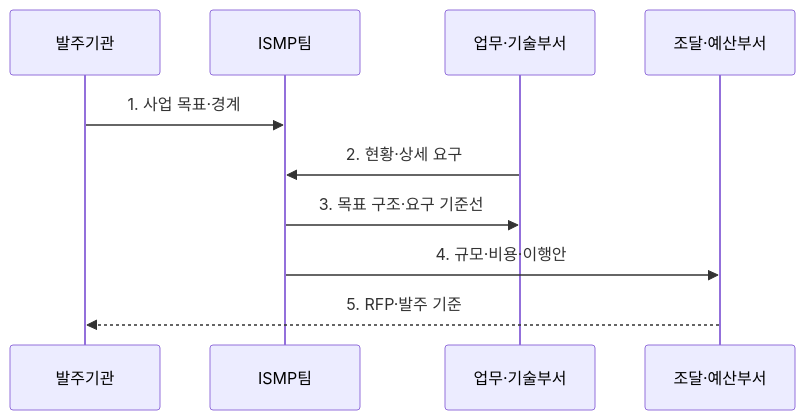
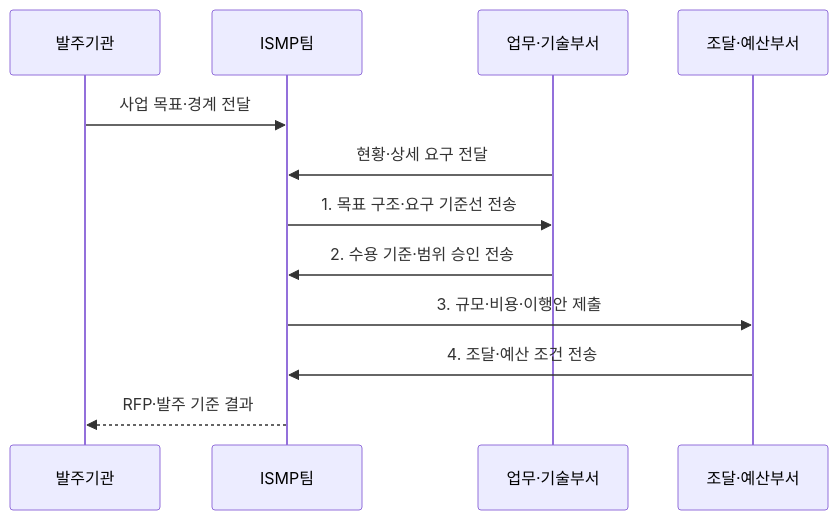
The second of 2 diagrams in src/content/docs/notes/07-law-policy/003_ismp_master_plan.md (agnusdei1207/knowledge-base), drawn with Mermaid before and after one commit. The commit also changed other lines of this file and 20 other files, not shown here.

````diff
--- a/src/content/docs/notes/07-law-policy/003_ismp_master_plan.md
+++ b/src/content/docs/notes/07-law-policy/003_ismp_master_plan.md
@@ -75,12 +75,14 @@
 ```mermaid
 sequenceDiagram
     participant O as 발주기관
     participant I as ISMP팀
     participant U as 업무·기술부서
     participant P as 조달·예산부서
-    O->>I: 1. 사업 목표·경계
-    U->>I: 2. 현황·상세 요구
-    I->>U: 3. 목표 구조·요구 기준선
-    I->>P: 4. 규모·비용·이행안
-    P-->>O: 5. RFP·발주 기준
+    O->>I: 사업 목표·경계 전달
+    U->>I: 현황·상세 요구 전달
+    I->>U: 1. 목표 구조·요구 기준선 전송
+    U->>I: 2. 수용 기준·범위 승인 전송
+    I->>P: 3. 규모·비용·이행안 제출
+    P->>I: 4. 조달·예산 조건 전송
+    I-->>O: RFP·발주 기준 결과
 ```
````
